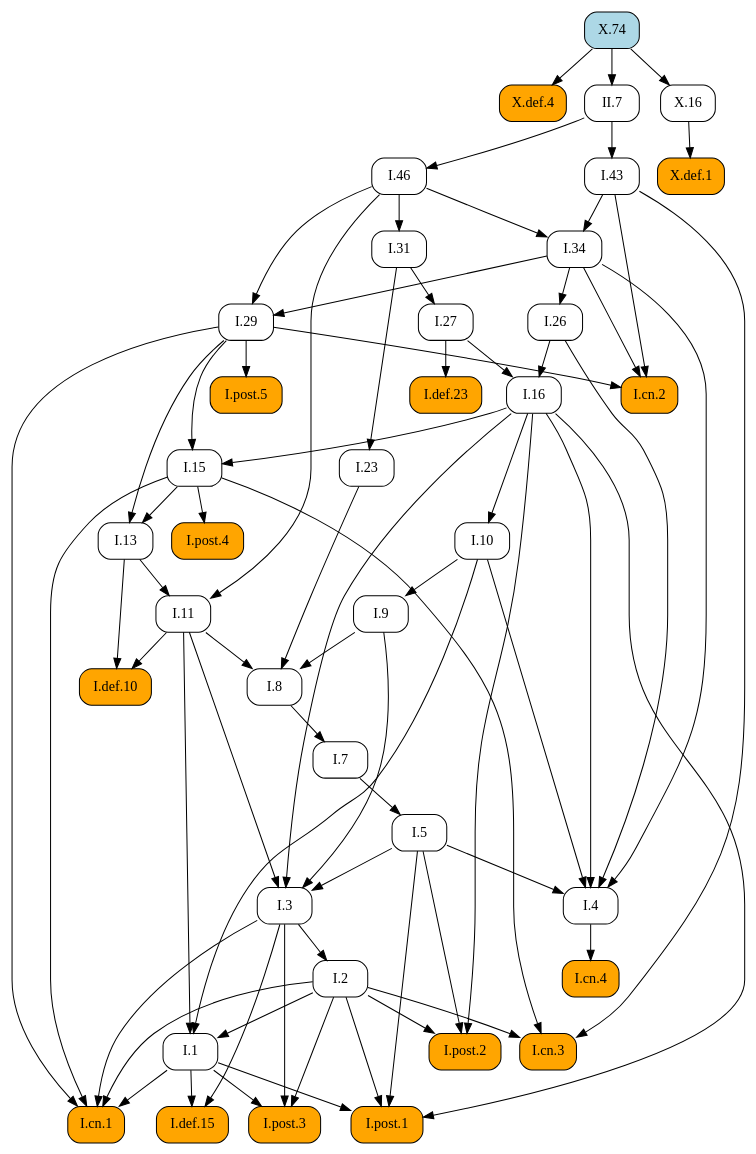
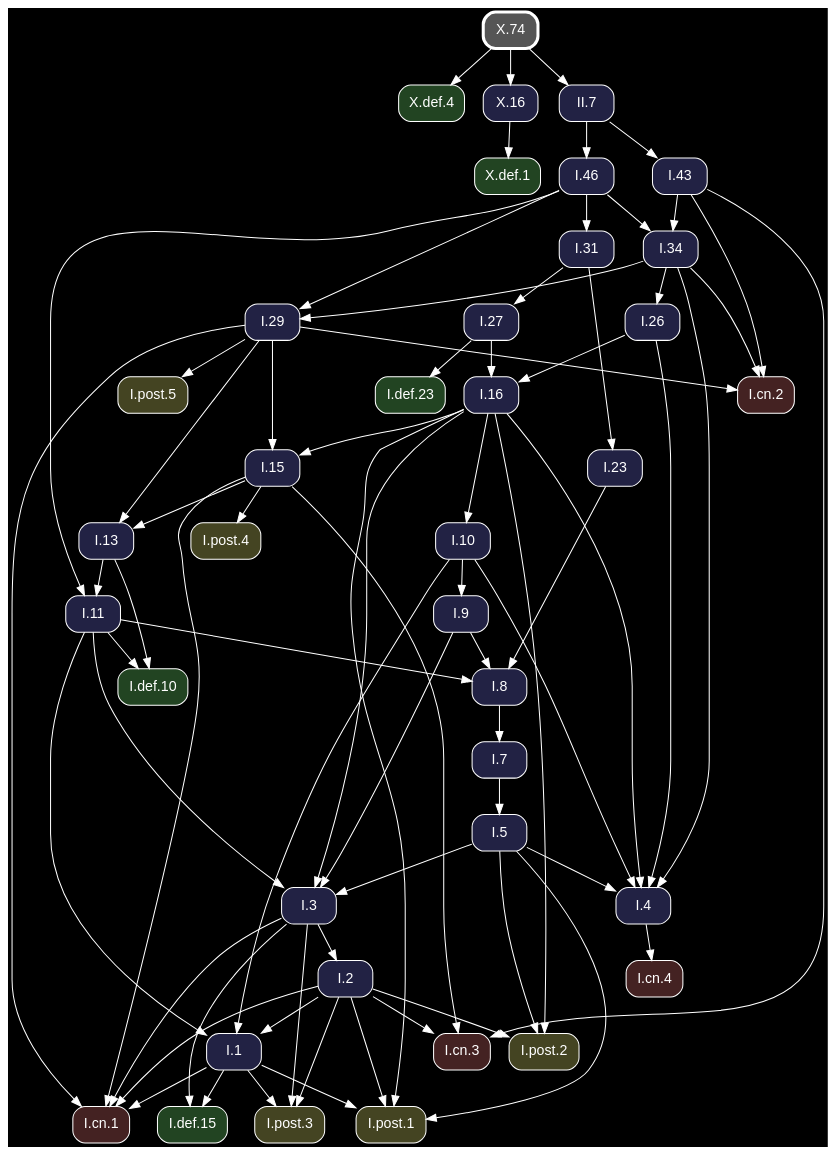
One commit to geometor/elements changed the diagram in docsrc/heath/X/74/index.rst. Above: the diagram before and after it, drawn with Graphviz. The commit also changed other lines of this file and 1200 other files, not shown here.

Commit message:
update dependency graphs

```diff
--- a/docsrc/heath/X/74/index.rst
+++ b/docsrc/heath/X/74/index.rst
@@ -37,66 +37,49 @@
 .. graphviz::
 
    digraph {
+     bgcolor="black";
+     node [shape=box, style="rounded,filled", fontname="Helvetica", color="white", fontcolor="white"];
+     edge [color="white", fontcolor="white"];
      rankdir="TB";
-     node [shape=box, style=rounded];
-     "I.23" [URL="/heath/I/23/", target="_top"];
-     "I.9" [URL="/heath/I/9/", target="_top"];
-     "I.def.15" [style="rounded,filled", fillcolor=orange, URL="/heath/I/def.15/", target="_top"];
-     "I.post.3" [style="rounded,filled", fillcolor=orange, URL="/heath/I/post.3/", target="_top"];
-     "I.post.1" [style="rounded,filled", fillcolor=orange, URL="/heath/I/post.1/", target="_top"];
-     "I.43" [URL="/heath/I/43/", target="_top"];
-     "I.31" [URL="/heath/I/31/", target="_top"];
-     "I.def.10" [style="rounded,filled", fillcolor=orange, URL="/heath/I/def.10/", target="_top"];
-     "X.def.4" [style="rounded,filled", fillcolor=orange, URL="/heath/X/def.4/", target="_top"];
-     "X.74" [style="rounded,filled", fillcolor=lightblue, URL="/heath/X/74/", target="_top"];
-     "I.27" [URL="/heath/I/27/", target="_top"];
-     "II.7" [URL="/heath/II/7/", target="_top"];
-     "I.34" [URL="/heath/I/34/", target="_top"];
-     "I.3" [URL="/heath/I/3/", target="_top"];
-     "I.cn.1" [style="rounded,filled", fillcolor=orange, URL="/heath/I/cn.1/", target="_top"];
-     "I.7" [URL="/heath/I/7/", target="_top"];
-     "I.2" [URL="/heath/I/2/", target="_top"];
-     "I.13" [URL="/heath/I/13/", target="_top"];
-     "I.post.4" [style="rounded,filled", fillcolor=orange, URL="/heath/I/post.4/", target="_top"];
-     "X.def.1" [style="rounded,filled", fillcolor=orange, URL="/heath/X/def.1/", target="_top"];
-     "I.4" [URL="/heath/I/4/", target="_top"];
-     "X.16" [URL="/heath/X/16/", target="_top"];
-     "I.1" [URL="/heath/I/1/", target="_top"];
-     "I.5" [URL="/heath/I/5/", target="_top"];
-     "I.8" [URL="/heath/I/8/", target="_top"];
-     "I.29" [URL="/heath/I/29/", target="_top"];
-     "I.cn.3" [style="rounded,filled", fillcolor=orange, URL="/heath/I/cn.3/", target="_top"];
-     "I.16" [URL="/heath/I/16/", target="_top"];
-     "I.15" [URL="/heath/I/15/", target="_top"];
-     "I.10" [URL="/heath/I/10/", target="_top"];
-     "I.11" [URL="/heath/I/11/", target="_top"];
-     "I.def.23" [style="rounded,filled", fillcolor=orange, URL="/heath/I/def.23/", target="_top"];
-     "I.cn.2" [style="rounded,filled", fillcolor=orange, URL="/heath/I/cn.2/", target="_top"];
-     "I.post.5" [style="rounded,filled", fillcolor=orange, URL="/heath/I/post.5/", target="_top"];
-     "I.cn.4" [style="rounded,filled", fillcolor=orange, URL="/heath/I/cn.4/", target="_top"];
-     "I.post.2" [style="rounded,filled", fillcolor=orange, URL="/heath/I/post.2/", target="_top"];
-     "I.46" [URL="/heath/I/46/", target="_top"];
-     "I.26" [URL="/heath/I/26/", target="_top"];
-     "I.31" -> "I.23";
-     "I.10" -> "I.9";
-     "I.1" -> "I.def.15";
-     "I.3" -> "I.def.15";
-     "I.1" -> "I.post.3";
-     "I.2" -> "I.post.3";
-     "I.3" -> "I.post.3";
-     "I.1" -> "I.post.1";
-     "I.2" -> "I.post.1";
-     "I.5" -> "I.post.1";
-     "I.16" -> "I.post.1";
-     "II.7" -> "I.43";
+     "I.31" [fillcolor="#222244", URL="/heath/I/31/", target="_top"];
+     "I.3" [fillcolor="#222244", URL="/heath/I/3/", target="_top"];
+     "I.cn.1" [fillcolor="#442222", URL="/heath/I/cn.1/", target="_top"];
+     "I.def.10" [fillcolor="#224422", URL="/heath/I/def.10/", target="_top"];
+     "I.15" [fillcolor="#222244", URL="/heath/I/15/", target="_top"];
+     "I.13" [fillcolor="#222244", URL="/heath/I/13/", target="_top"];
+     "I.27" [fillcolor="#222244", URL="/heath/I/27/", target="_top"];
+     "X.def.4" [fillcolor="#224422", URL="/heath/X/def.4/", target="_top"];
+     "I.2" [fillcolor="#222244", URL="/heath/I/2/", target="_top"];
+     "I.cn.2" [fillcolor="#442222", URL="/heath/I/cn.2/", target="_top"];
+     "I.9" [fillcolor="#222244", URL="/heath/I/9/", target="_top"];
+     "I.43" [fillcolor="#222244", URL="/heath/I/43/", target="_top"];
+     "I.1" [fillcolor="#222244", URL="/heath/I/1/", target="_top"];
+     "I.post.5" [fillcolor="#444422", URL="/heath/I/post.5/", target="_top"];
+     "I.post.4" [fillcolor="#444422", URL="/heath/I/post.4/", target="_top"];
+     "X.16" [fillcolor="#222244", URL="/heath/X/16/", target="_top"];
+     "II.7" [fillcolor="#222244", URL="/heath/II/7/", target="_top"];
+     "I.23" [fillcolor="#222244", URL="/heath/I/23/", target="_top"];
+     "I.26" [fillcolor="#222244", URL="/heath/I/26/", target="_top"];
+     "I.8" [fillcolor="#222244", URL="/heath/I/8/", target="_top"];
+     "I.4" [fillcolor="#222244", URL="/heath/I/4/", target="_top"];
+     "X.74" [penwidth=3, color="white", fillcolor="#555555", URL="/heath/X/74/", target="_top"];
+     "I.7" [fillcolor="#222244", URL="/heath/I/7/", target="_top"];
+     "I.5" [fillcolor="#222244", URL="/heath/I/5/", target="_top"];
+     "I.10" [fillcolor="#222244", URL="/heath/I/10/", target="_top"];
+     "I.46" [fillcolor="#222244", URL="/heath/I/46/", target="_top"];
+     "I.post.1" [fillcolor="#444422", URL="/heath/I/post.1/", target="_top"];
+     "I.11" [fillcolor="#222244", URL="/heath/I/11/", target="_top"];
+     "I.16" [fillcolor="#222244", URL="/heath/I/16/", target="_top"];
+     "I.cn.3" [fillcolor="#442222", URL="/heath/I/cn.3/", target="_top"];
+     "I.29" [fillcolor="#222244", URL="/heath/I/29/", target="_top"];
+     "I.post.2" [fillcolor="#444422", URL="/heath/I/post.2/", target="_top"];
+     "I.cn.4" [fillcolor="#442222", URL="/heath/I/cn.4/", target="_top"];
+     "I.def.23" [fillcolor="#224422", URL="/heath/I/def.23/", target="_top"];
+     "X.def.1" [fillcolor="#224422", URL="/heath/X/def.1/", target="_top"];
+     "I.post.3" [fillcolor="#444422", URL="/heath/I/post.3/", target="_top"];
+     "I.34" [fillcolor="#222244", URL="/heath/I/34/", target="_top"];
+     "I.def.15" [fillcolor="#224422", URL="/heath/I/def.15/", target="_top"];
      "I.46" -> "I.31";
-     "I.11" -> "I.def.10";
-     "I.13" -> "I.def.10";
-     "X.74" -> "X.def.4";
-     "I.31" -> "I.27";
-     "X.74" -> "II.7";
-     "I.43" -> "I.34";
-     "I.46" -> "I.34";
      "I.5" -> "I.3";
      "I.9" -> "I.3";
      "I.11" -> "I.3";
@@ -106,46 +89,65 @@
      "I.3" -> "I.cn.1";
      "I.15" -> "I.cn.1";
      "I.29" -> "I.cn.1";
-     "I.8" -> "I.7";
-     "I.3" -> "I.2";
+     "I.11" -> "I.def.10";
+     "I.13" -> "I.def.10";
+     "I.16" -> "I.15";
+     "I.29" -> "I.15";
      "I.15" -> "I.13";
      "I.29" -> "I.13";
+     "I.31" -> "I.27";
+     "X.74" -> "X.def.4";
+     "I.3" -> "I.2";
+     "I.29" -> "I.cn.2";
+     "I.34" -> "I.cn.2";
+     "I.43" -> "I.cn.2";
+     "I.10" -> "I.9";
+     "II.7" -> "I.43";
+     "I.2" -> "I.1";
+     "I.10" -> "I.1";
+     "I.11" -> "I.1";
+     "I.29" -> "I.post.5";
      "I.15" -> "I.post.4";
-     "X.16" -> "X.def.1";
+     "X.74" -> "X.16";
+     "X.74" -> "II.7";
+     "I.31" -> "I.23";
+     "I.34" -> "I.26";
+     "I.9" -> "I.8";
+     "I.11" -> "I.8";
+     "I.23" -> "I.8";
      "I.5" -> "I.4";
      "I.10" -> "I.4";
      "I.16" -> "I.4";
      "I.26" -> "I.4";
      "I.34" -> "I.4";
-     "X.74" -> "X.16";
-     "I.2" -> "I.1";
-     "I.10" -> "I.1";
-     "I.11" -> "I.1";
+     "I.8" -> "I.7";
      "I.7" -> "I.5";
-     "I.9" -> "I.8";
-     "I.11" -> "I.8";
-     "I.23" -> "I.8";
-     "I.34" -> "I.29";
-     "I.46" -> "I.29";
+     "I.16" -> "I.10";
+     "II.7" -> "I.46";
+     "I.1" -> "I.post.1";
+     "I.2" -> "I.post.1";
+     "I.5" -> "I.post.1";
+     "I.16" -> "I.post.1";
+     "I.13" -> "I.11";
+     "I.46" -> "I.11";
+     "I.26" -> "I.16";
+     "I.27" -> "I.16";
      "I.2" -> "I.cn.3";
      "I.15" -> "I.cn.3";
      "I.43" -> "I.cn.3";
-     "I.26" -> "I.16";
-     "I.27" -> "I.16";
-     "I.16" -> "I.15";
-     "I.29" -> "I.15";
-     "I.16" -> "I.10";
-     "I.13" -> "I.11";
-     "I.46" -> "I.11";
-     "I.27" -> "I.def.23";
-     "I.29" -> "I.cn.2";
-     "I.34" -> "I.cn.2";
-     "I.43" -> "I.cn.2";
-     "I.29" -> "I.post.5";
-     "I.4" -> "I.cn.4";
+     "I.34" -> "I.29";
+     "I.46" -> "I.29";
      "I.2" -> "I.post.2";
      "I.5" -> "I.post.2";
      "I.16" -> "I.post.2";
-     "II.7" -> "I.46";
-     "I.34" -> "I.26";
+     "I.4" -> "I.cn.4";
+     "I.27" -> "I.def.23";
+     "X.16" -> "X.def.1";
+     "I.1" -> "I.post.3";
+     "I.2" -> "I.post.3";
+     "I.3" -> "I.post.3";
+     "I.43" -> "I.34";
+     "I.46" -> "I.34";
+     "I.1" -> "I.def.15";
+     "I.3" -> "I.def.15";
    }
```
